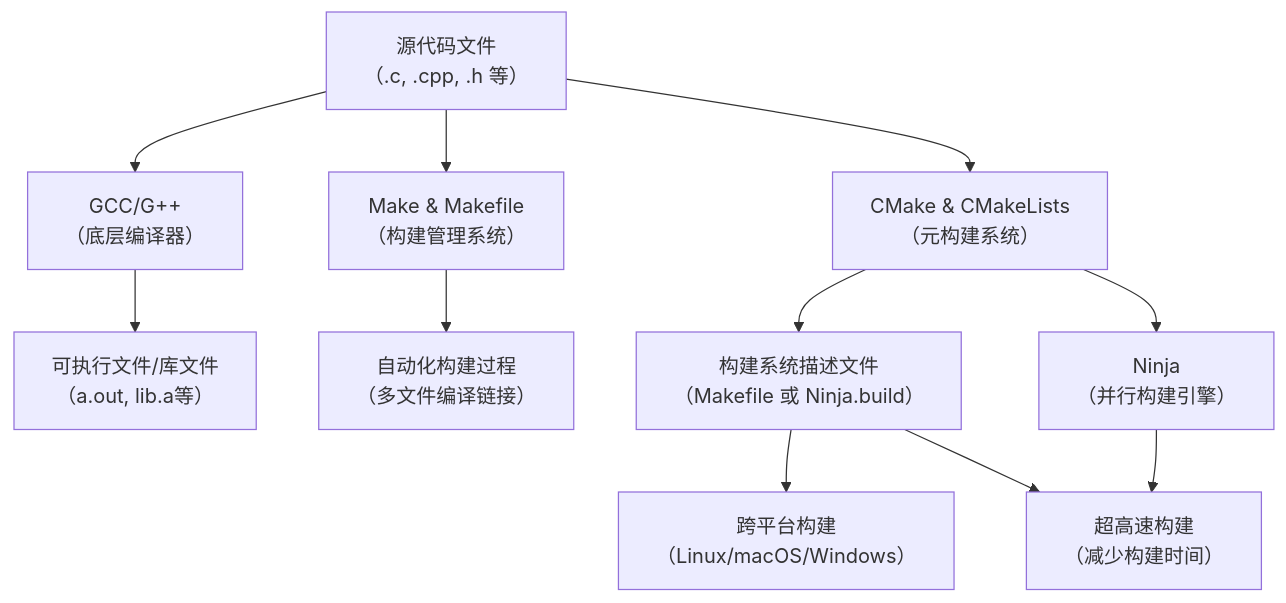
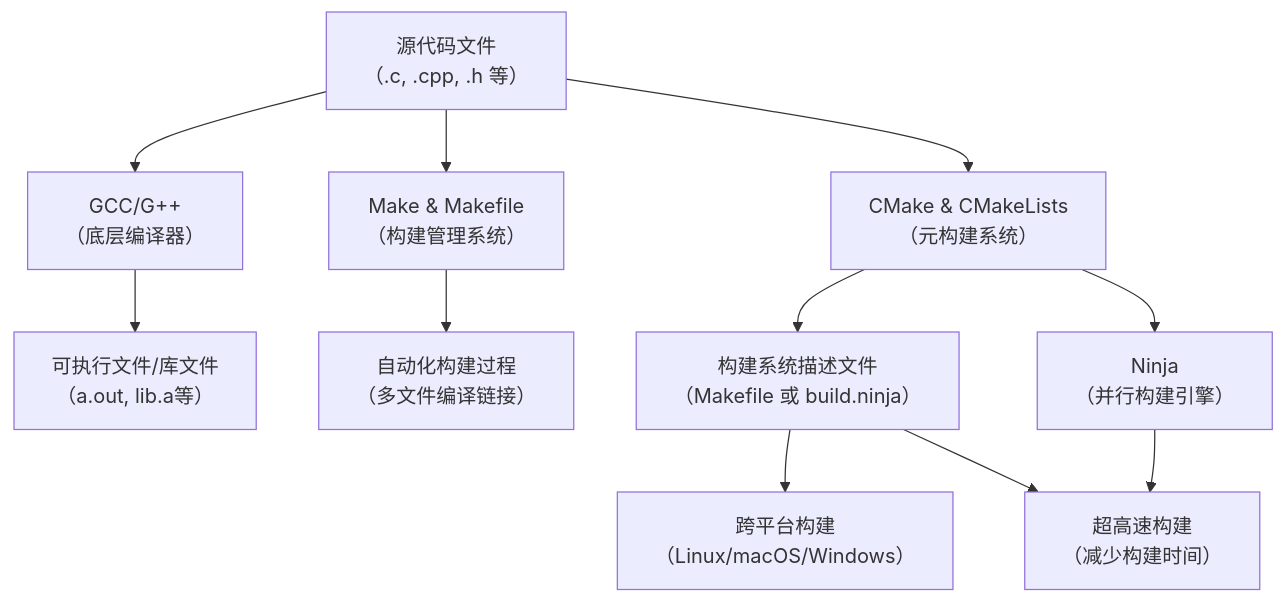
One commit to zeroherolin/linux-notes changed the first of 2 diagrams in C编译工具.md. Above: the diagram before and after it, drawn with Mermaid.

Commit message:
renew graph

````diff
--- a/C编译工具.md
+++ b/C编译工具.md
@@ -8,13 +8,13 @@
 ```mermaid
 graph TD
     A[源代码文件<br>（.c, .cpp, .h 等）] --> B[GCC/G++<br>（底层编译器）]
     B --> C[可执行文件/库文件<br>（a.out, lib.a等）]
     A --> D[Make & Makefile<br>（构建管理系统）]
     D --> E[自动化构建过程<br>（多文件编译链接）]
     A --> F[CMake & CMakeLists<br>（元构建系统）]
-    F --> G[构建系统描述文件<br>（Makefile 或 Ninja.build）]
+    F --> G[构建系统描述文件<br>（Makefile 或 build.ninja）]
     G --> H[跨平台构建<br>（Linux/macOS/Windows）]
     F --> I[Ninja<br>（并行构建引擎）]
     I --> J[超高速构建<br>（减少构建时间）]
     G --> J
 ```
````
